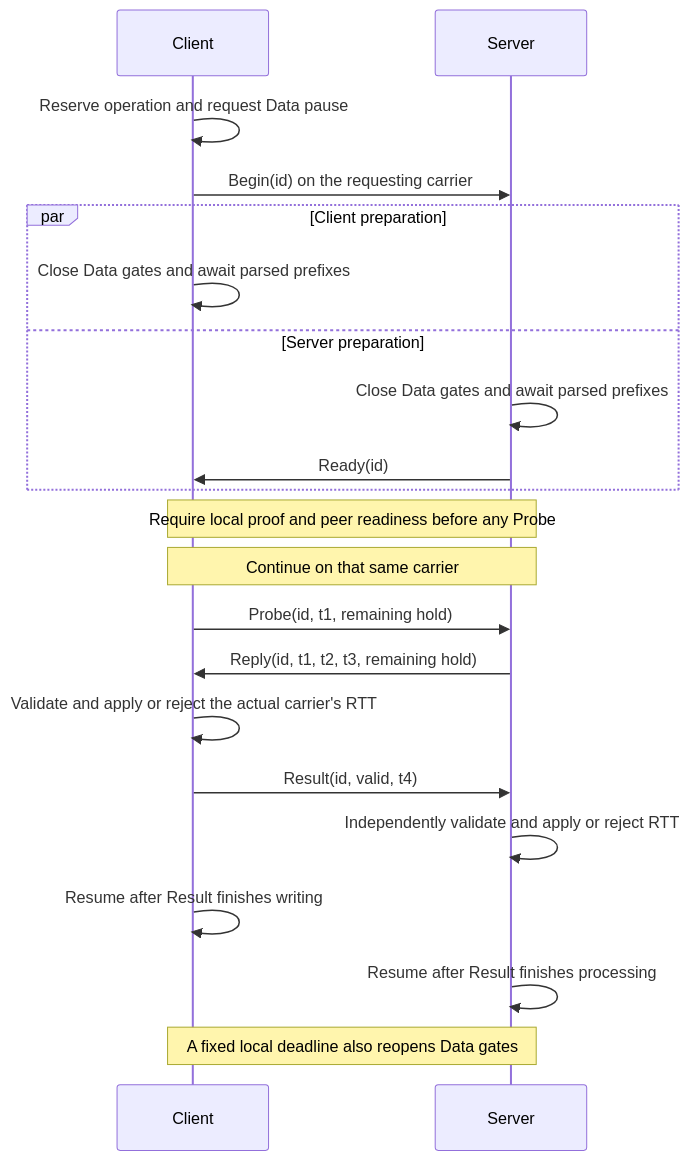
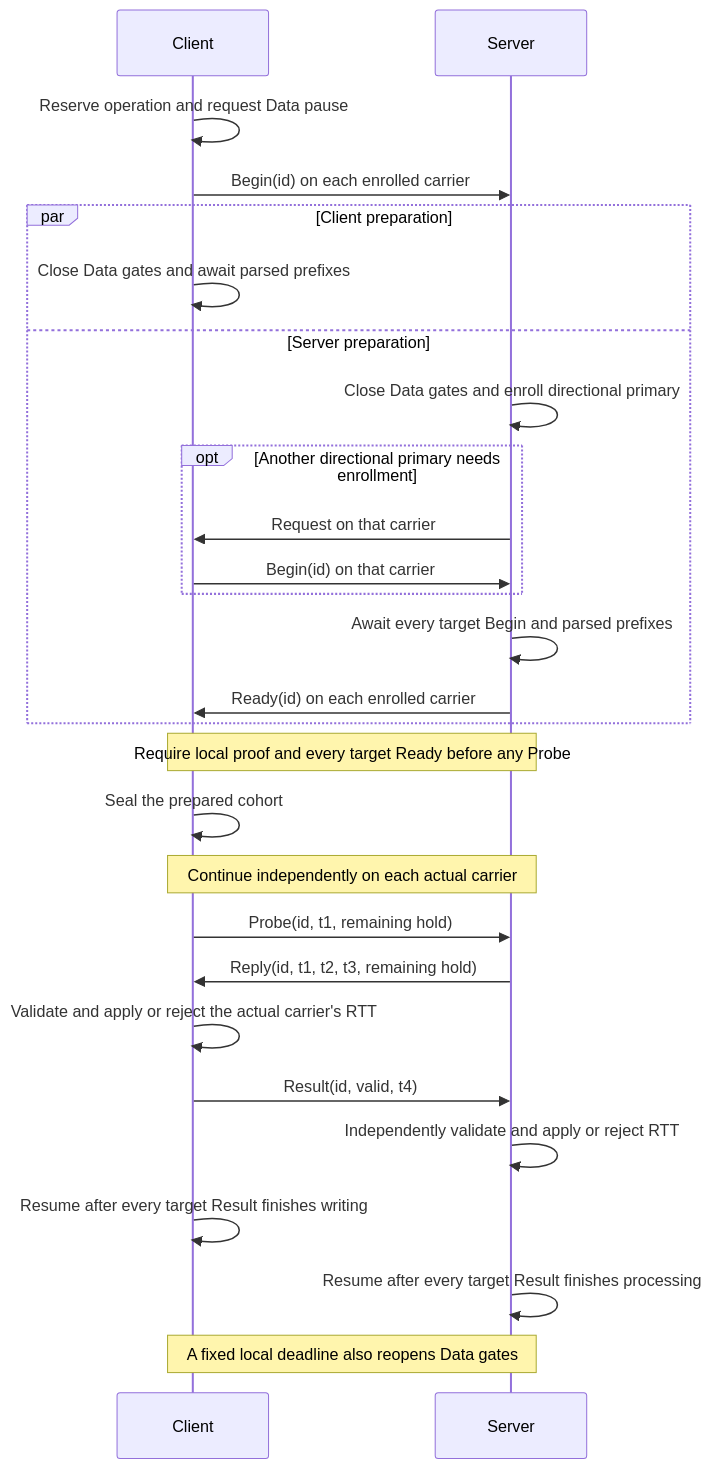
The fifth of 5 diagrams in docs/design.md (aofei/wirehop), drawn with Mermaid before and after one commit. The commit also changed other lines of this file and 12 other files, not shown here.

````diff
--- a/docs/design.md
+++ b/docs/design.md
@@ -1894,23 +1914,29 @@
 ```mermaid
 sequenceDiagram
     participant C as Client
     participant S as Server
     C->>C: Reserve operation and request Data pause
-    C->>S: Begin(id) on the requesting carrier
+    C->>S: Begin(id) on each enrolled carrier
     par Client preparation
         C->>C: Close Data gates and await parsed prefixes
     and Server preparation
-        S->>S: Close Data gates and await parsed prefixes
-        S->>C: Ready(id)
+        S->>S: Close Data gates and enroll directional primary
+        opt Another directional primary needs enrollment
+            S->>C: Request on that carrier
+            C->>S: Begin(id) on that carrier
+        end
+        S->>S: Await every target Begin and parsed prefixes
+        S->>C: Ready(id) on each enrolled carrier
     end
-    Note over C,S: Require local proof and peer readiness before any Probe
-    Note over C,S: Continue on that same carrier
+    Note over C,S: Require local proof and every target Ready before any Probe
+    C->>C: Seal the prepared cohort
+    Note over C,S: Continue independently on each actual carrier
     C->>S: Probe(id, t1, remaining hold)
     S->>C: Reply(id, t1, t2, t3, remaining hold)
     C->>C: Validate and apply or reject the actual carrier's RTT
     C->>S: Result(id, valid, t4)
     S->>S: Independently validate and apply or reject RTT
-    C->>C: Resume after Result finishes writing
-    S->>S: Resume after Result finishes processing
+    C->>C: Resume after every target Result finishes writing
+    S->>S: Resume after every target Result finishes processing
     Note over C,S: A fixed local deadline also reopens Data gates
 ```
````
